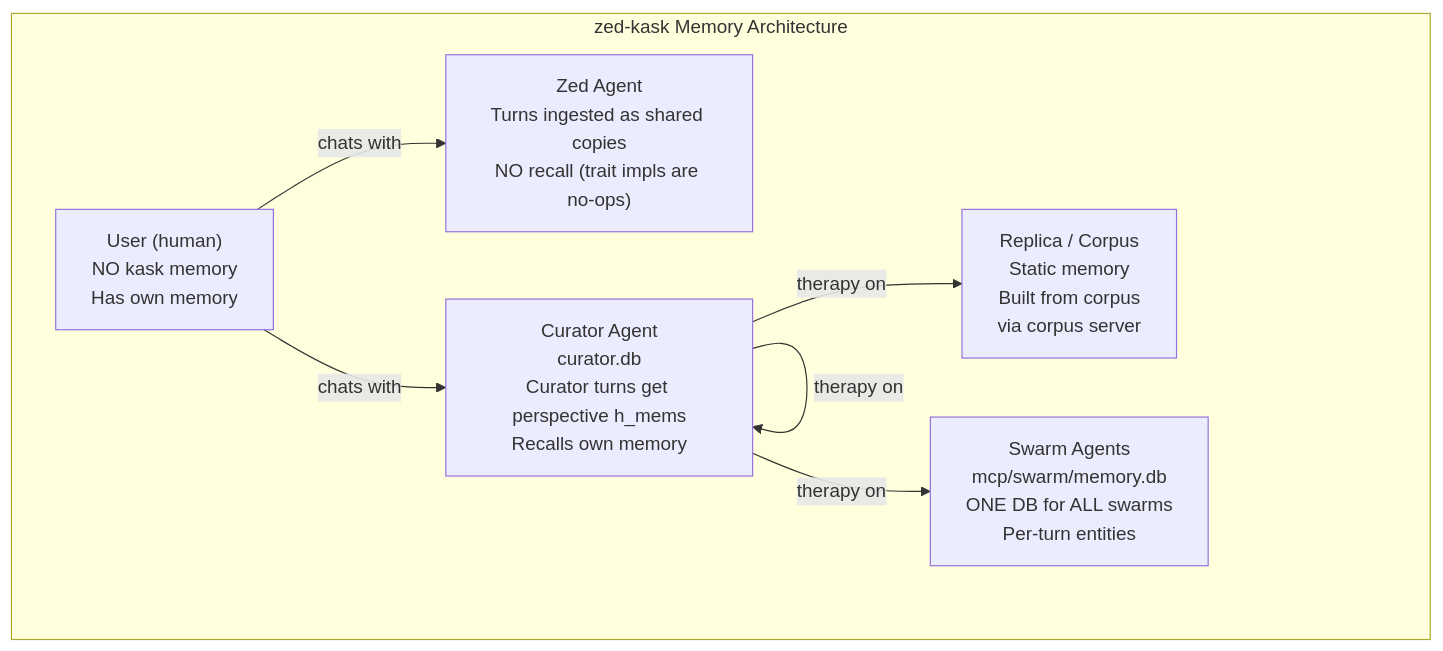
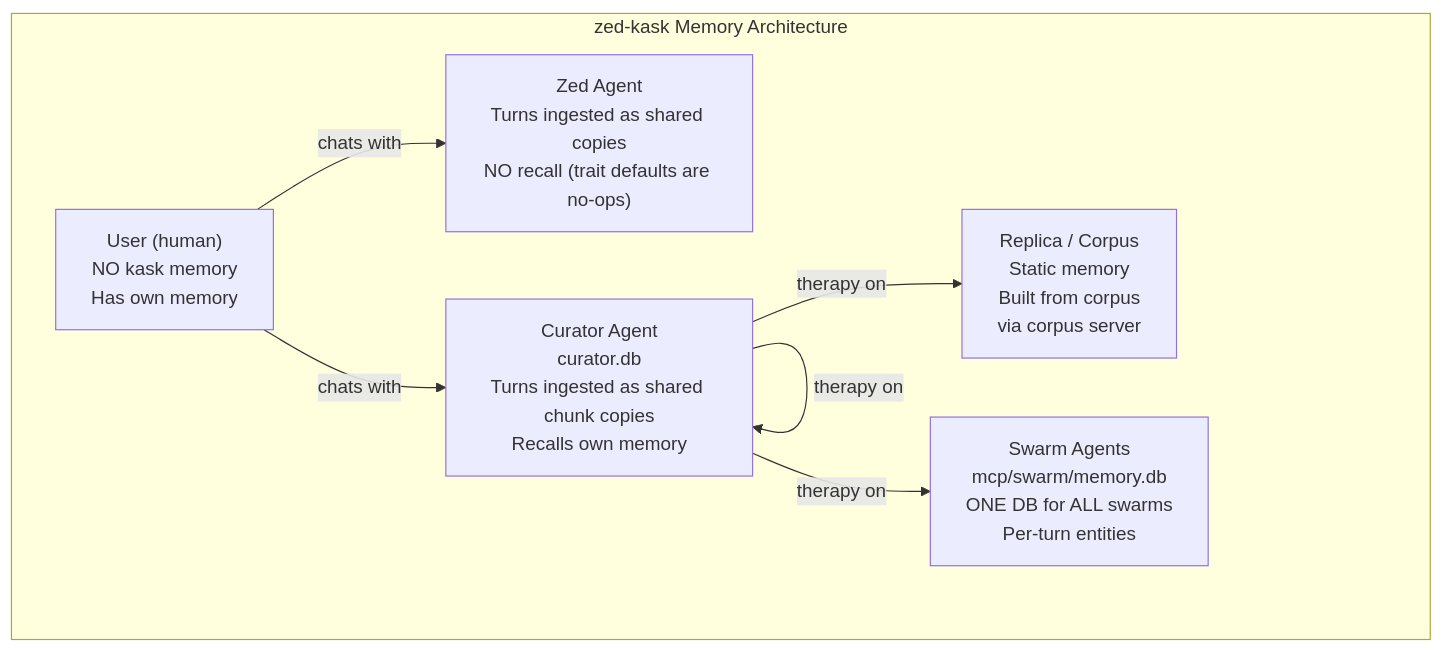
The sixth of 6 diagrams in kask/docs/architecture/memory-system-specification.md (mdz-axo/zed-kask), drawn with Mermaid before and after one commit. The commit also changed other lines of this file and 13 other files, not shown here.

````diff
--- a/kask/docs/architecture/memory-system-specification.md
+++ b/kask/docs/architecture/memory-system-specification.md
@@ -1112,16 +1122,16 @@
 ```mermaid
 graph TD
     subgraph "zed-kask Memory Architecture"
         User["User (human)<br/>NO kask memory<br/>Has own memory"]
-        ZedAgent["Zed Agent<br/>Turns ingested as shared copies<br/>NO recall (trait impls are no-ops)"]
-        Curator["Curator Agent<br/>curator.db<br/>Curator turns get perspective h_mems<br/>Recalls own memory"]
+        ZedAgent["Zed Agent<br/>Turns ingested as shared copies<br/>NO recall (trait defaults are no-ops)"]
+        Curator["Curator Agent<br/>curator.db<br/>Turns ingested as shared chunk copies<br/>Recalls own memory"]
         Corpus["Replica / Corpus<br/>Static memory<br/>Built from corpus<br/>via corpus server"]
         Swarm["Swarm Agents<br/>mcp/swarm/memory.db<br/>ONE DB for ALL swarms<br/>Per-turn entities"]
     end
 
     User -->|chats with| ZedAgent
     User -->|chats with| Curator
     Curator -->|therapy on| Curator
     Curator -->|therapy on| Corpus
     Curator -->|therapy on| Swarm
 ```
````
